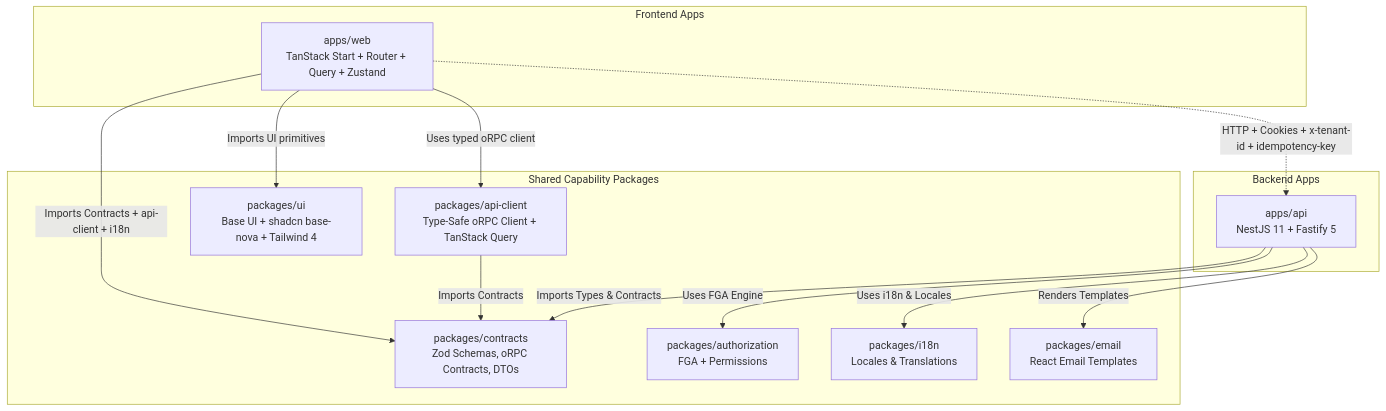
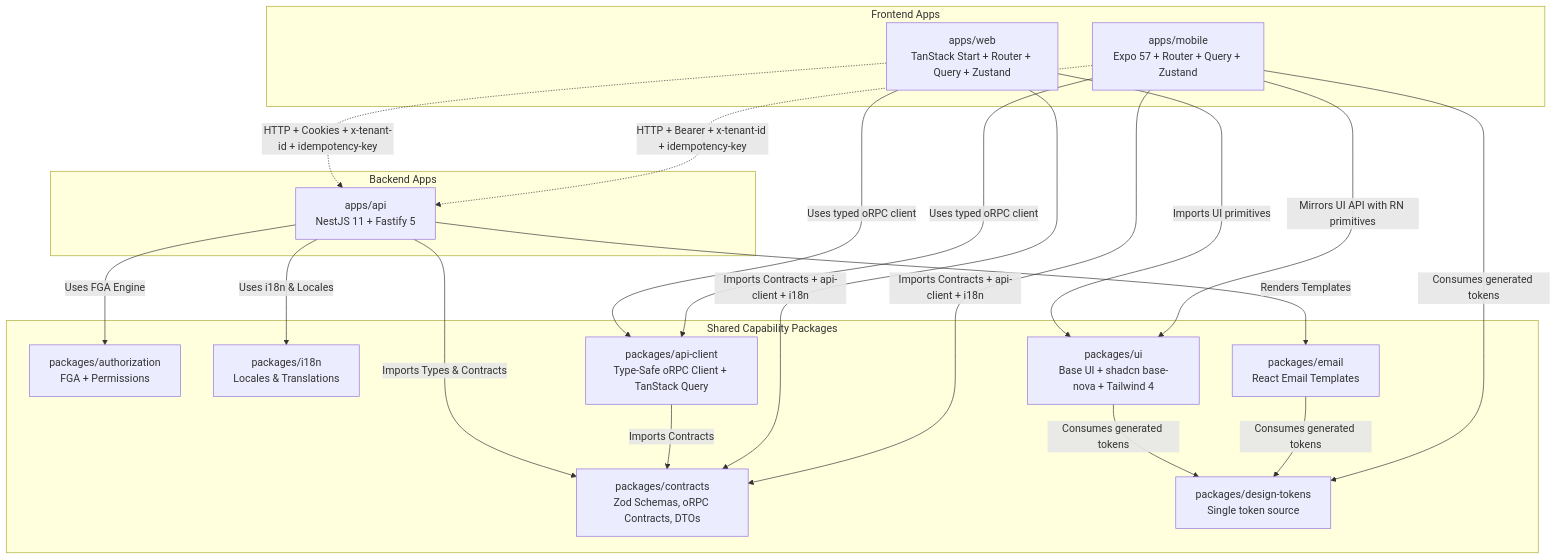
The first of 3 diagrams in ARCHITECTURE.md (ihssmaheel-dev/modular-monolith-starter), drawn with Mermaid before and after one commit. The commit also changed other lines of this file and 14 other files, not shown here.

````diff
--- a/ARCHITECTURE.md
+++ b/ARCHITECTURE.md
@@ -15,30 +15,39 @@
 ```mermaid
 graph TD
     subgraph Frontend Apps
         Web[apps/web<br>TanStack Start + Router + Query + Zustand]
+        Mobile[apps/mobile<br>Expo 57 + Router + Query + Zustand]
     end
 
     subgraph Backend Apps
         A[apps/api<br>NestJS 11 + Fastify 5]
     end
 
     subgraph Shared Capability Packages
         S[packages/contracts<br>Zod Schemas, oRPC Contracts, DTOs]
         AuthZ[packages/authorization<br>FGA + Permissions]
         I18N[packages/i18n<br>Locales & Translations]
         Client[packages/api-client<br>Type-Safe oRPC Client + TanStack Query]
         UI[packages/ui<br>Base UI + shadcn base-nova + Tailwind 4]
+        Tokens[packages/design-tokens<br>Single token source]
         Email[packages/email<br>React Email Templates]
     end
 
     A -->|Imports Types & Contracts| S
     A -->|Uses FGA Engine| AuthZ
     A -->|Uses i18n & Locales| I18N
     A -->|Renders Templates| Email
     Client -->|Imports Contracts| S
+    UI -->|Consumes generated tokens| Tokens
+    Email -->|Consumes generated tokens| Tokens
     Web -->|Imports Contracts + api-client + i18n| S
     Web -->|Imports UI primitives| UI
     Web -->|Uses typed oRPC client| Client
+    Mobile -->|Imports Contracts + api-client + i18n| S
+    Mobile -->|Mirrors UI API with RN primitives| UI
+    Mobile -->|Consumes generated tokens| Tokens
+    Mobile -->|Uses typed oRPC client| Client
 
     Web -.->|HTTP + Cookies + x-tenant-id + idempotency-key| A
+    Mobile -.->|HTTP + Bearer + x-tenant-id + idempotency-key| A
 ```
````
